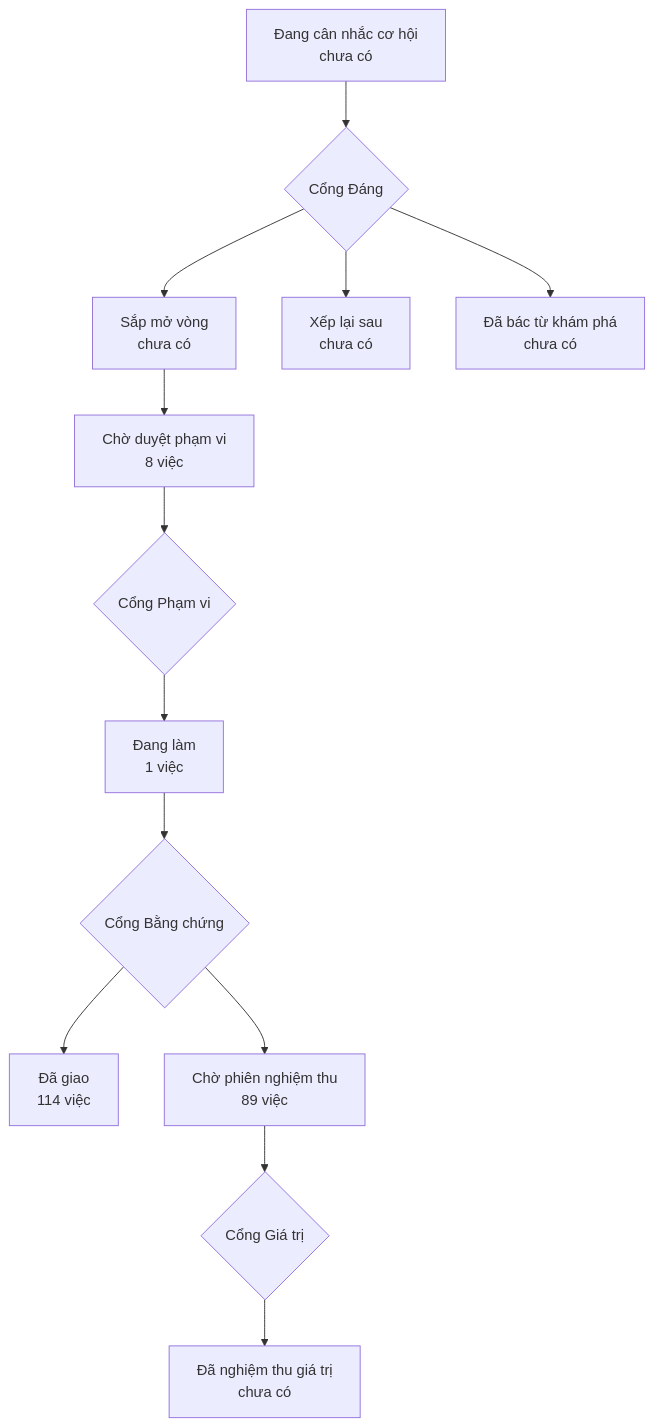
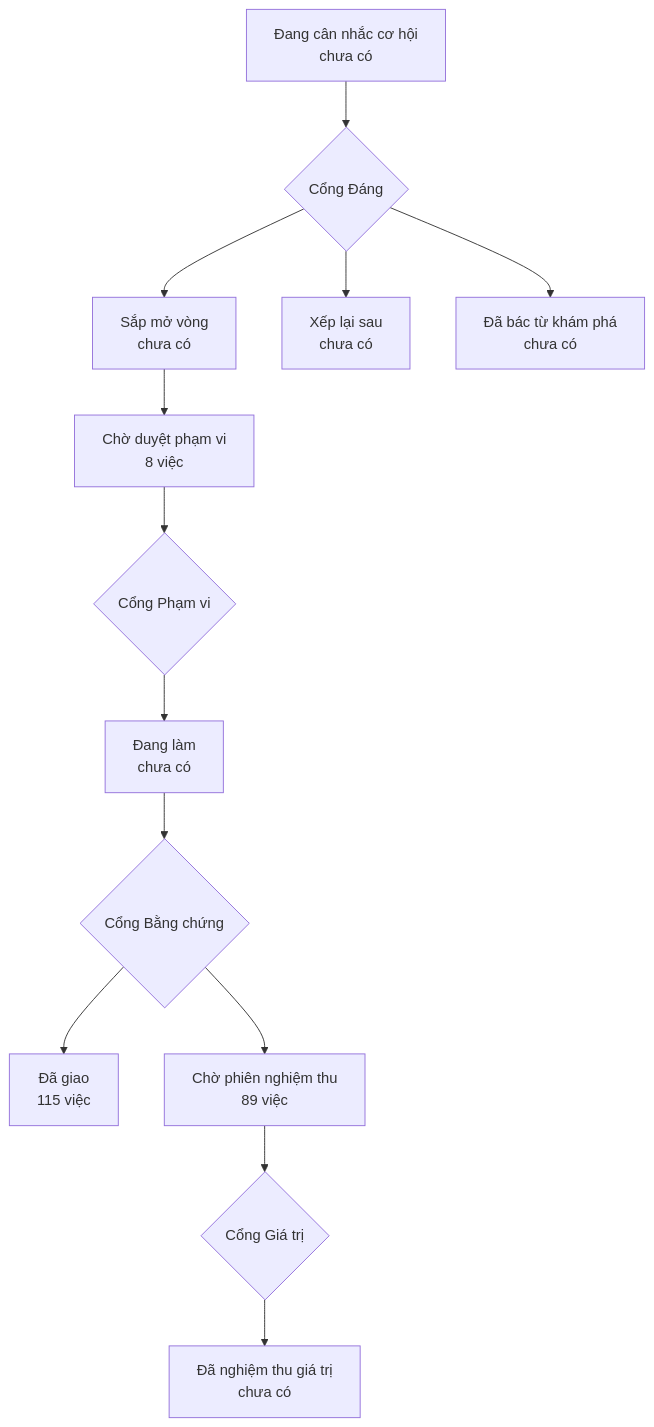
Before and after one commit to phanlemanh/onehub-invest: the diagram in PRODUCT-MAP.md, drawn with Mermaid. The commit also changed other lines of this file and 4 other files, not shown here.

````diff
--- a/PRODUCT-MAP.md
+++ b/PRODUCT-MAP.md
@@ -7,12 +7,12 @@
 ```mermaid
 flowchart TD
   A["Đang cân nhắc cơ hội<br/>chưa có"] --> GD{"Cổng Đáng"}
   GD --> B["Sắp mở vòng<br/>chưa có"]
   GD --> XL["Xếp lại sau<br/>chưa có"]
   GD --> DB["Đã bác từ khám phá<br/>chưa có"]
   B --> CD["Chờ duyệt phạm vi<br/>8 việc"] --> GP{"Cổng Phạm vi"}
-  GP --> DL["Đang làm<br/>1 việc"] --> GB{"Cổng Bằng chứng"}
-  GB --> DG["Đã giao<br/>114 việc"]
+  GP --> DL["Đang làm<br/>chưa có"] --> GB{"Cổng Bằng chứng"}
+  GB --> DG["Đã giao<br/>115 việc"]
   GB --> CN["Chờ phiên nghiệm thu<br/>89 việc"] --> GG{"Cổng Giá trị"}
   GG --> NT["Đã nghiệm thu giá trị<br/>chưa có"]
 ```
````
